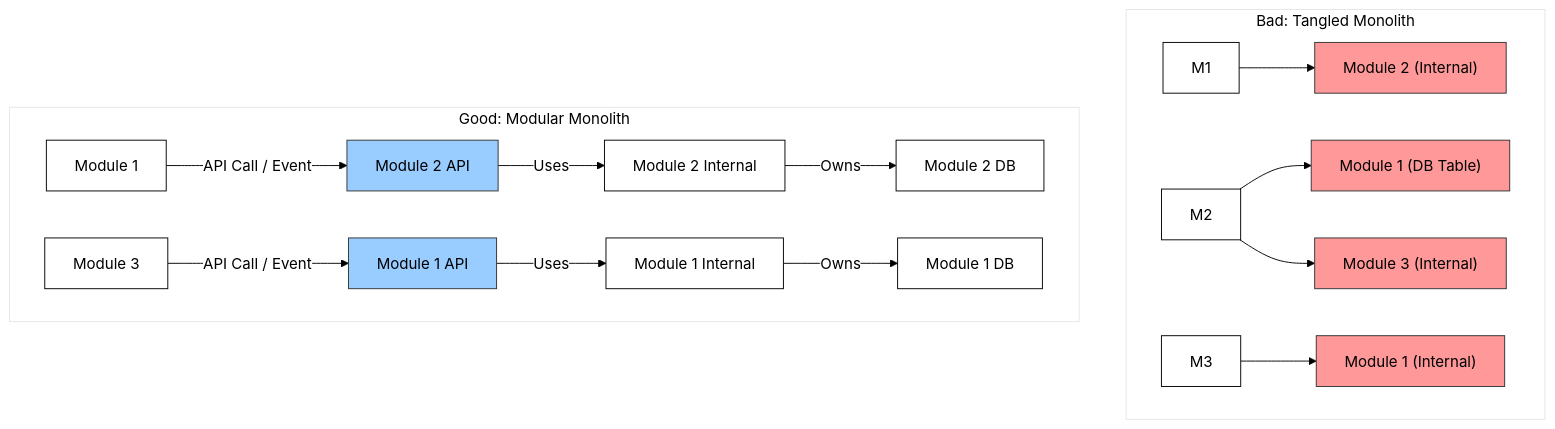
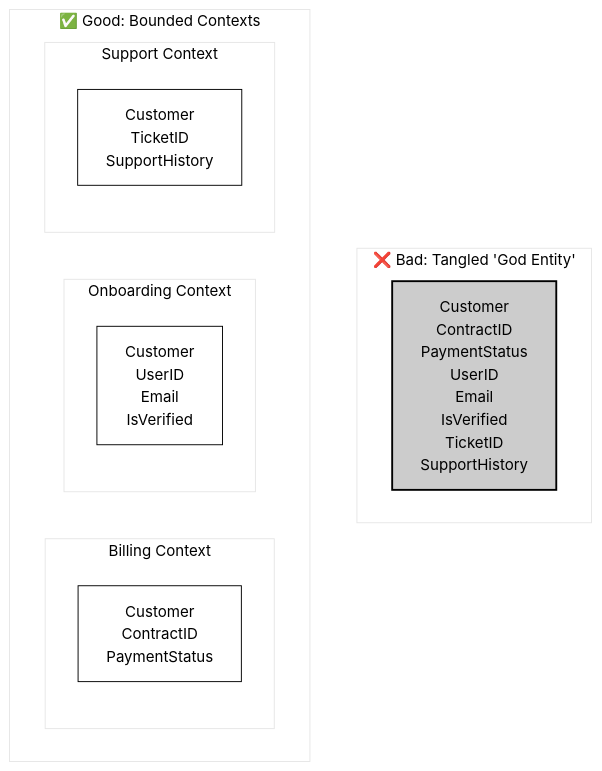
One commit to practical-architectural-patterns-priv/modular-monolith-workshop changed the first of 3 diagrams in docs/presentation/05-fundamentals-patterns.md. Above: the diagram before and after it, drawn with Mermaid. The commit also changed other lines of this file and 6 other files, not shown here.

`````diff
--- a/docs/presentation/05-fundamentals-patterns.md
+++ b/docs/presentation/05-fundamentals-patterns.md
@@ -15,38 +16,33 @@
 ```mermaid
 %%{init: {"theme":"base","themeVariables":{
   "primaryColor":"#FFFFFF",
   "primaryTextColor":"#000000",
   "primaryBorderColor":"#000000",
   "lineColor":"#000000",
-  "textColor":"#000000",
-  "clusterBkg":"#FFFFFF",
-  "clusterBorderColor":"#000000"
+  "textColor":"#000000"
 }}}%%
+
+
 graph TD
-    subgraph "Bad: Tangled Monolith"
-        M1 --> M2_Internal;
-        M2 --> M1_DB_Table;
-        M3 --> M1_Internal;
-        M1_Internal["Module 1 (Internal)"];
-        M1_DB_Table["Module 1 (DB Table)"];
-        M2_Internal["Module 2 (Internal)"];
-        M2 --> M3_Internal;
-        M3_Internal["Module 3 (Internal)"];
-    end
-    subgraph "Good: Modular Monolith"
-        direction LR
-        Mod1["Module 1"] -- API Call / Event --> Mod2_API[Module 2 API];
-        Mod2_API -- Uses --> Mod2_Internal[Module 2 Internal];
-        Mod2_Internal -- Owns --> Mod2_DB[Module 2 DB];
-        Mod3["Module 3"] -- API Call / Event --> Mod1_API[Module 1 API];
-        Mod1_API -- Uses --> Mod1_Internal[Module 1 Internal];
-        Mod1_Internal -- Owns --> Mod1_DB[Module 1 DB];
+    subgraph "❌ Bad: Tangled 'God Entity'"
+        GodCustomer["Customer<br>ContractID<br>PaymentStatus<br>UserID<br>Email<br>IsVerified<br>TicketID<br>SupportHistory"]
     end
 
-    style M1_Internal fill:#f99,stroke:#333
-    style M1_DB_Table fill:#f99,stroke:#333
-    style M2_Internal fill:#f99,stroke:#333
-    style M3_Internal fill:#f99,stroke:#333
-    style Mod2_API fill:#9cf,stroke:#333
-    style Mod1_API fill:#9cf,stroke:#333
-````
+    style BillingCustomer fill:#fff,stroke:#000
+    style OnboardingCustomer fill:#fff,stroke:#000
+    style SupportCustomer fill:#fff,stroke:#000
+    style GodCustomer fill:#ccc,stroke:#000,stroke-width:2px
+    
+    subgraph "✅ Good: Bounded Contexts"
+        direction LR
+        subgraph "Billing Context"
+            BillingCustomer["Customer<br>ContractID<br>PaymentStatus"]
+        end
+        subgraph "Onboarding Context"
+            OnboardingCustomer["Customer<br>UserID<br>Email<br>IsVerified"]
+        end
+        subgraph "Support Context"
+            SupportCustomer["Customer<br>TicketID<br>SupportHistory"]
+        end
+    end
+```
`````
